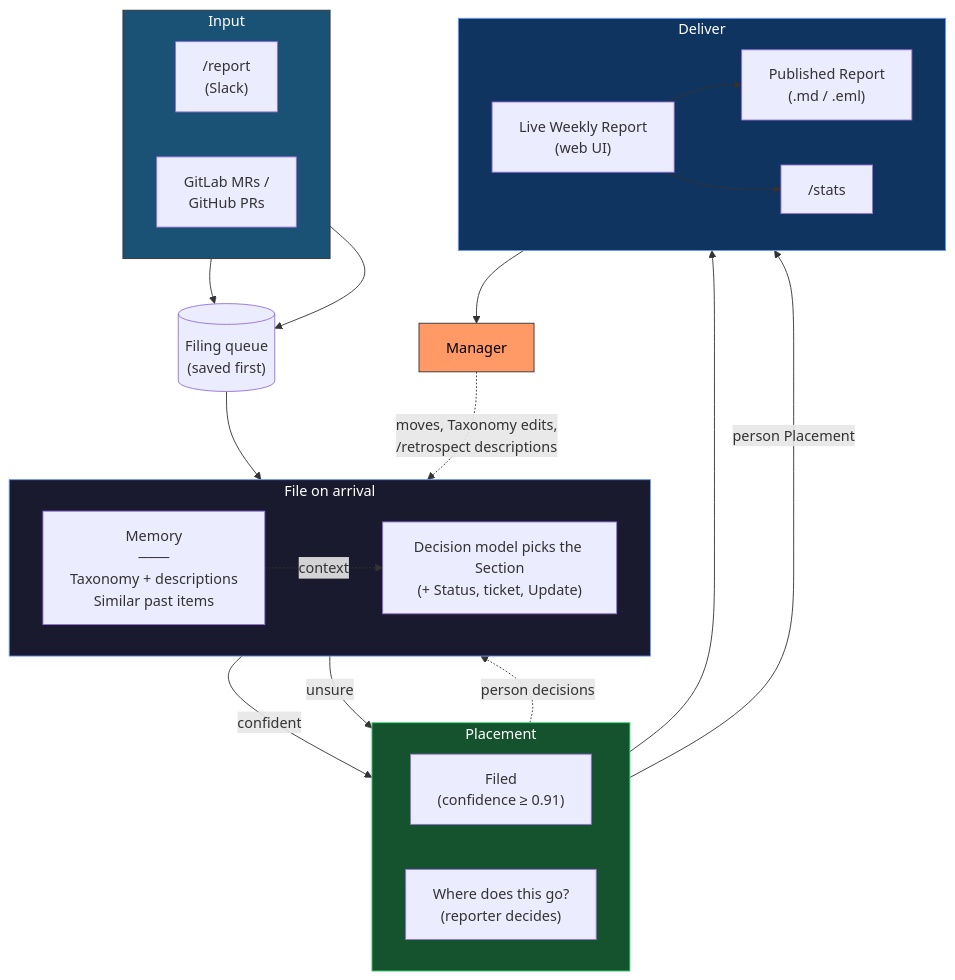
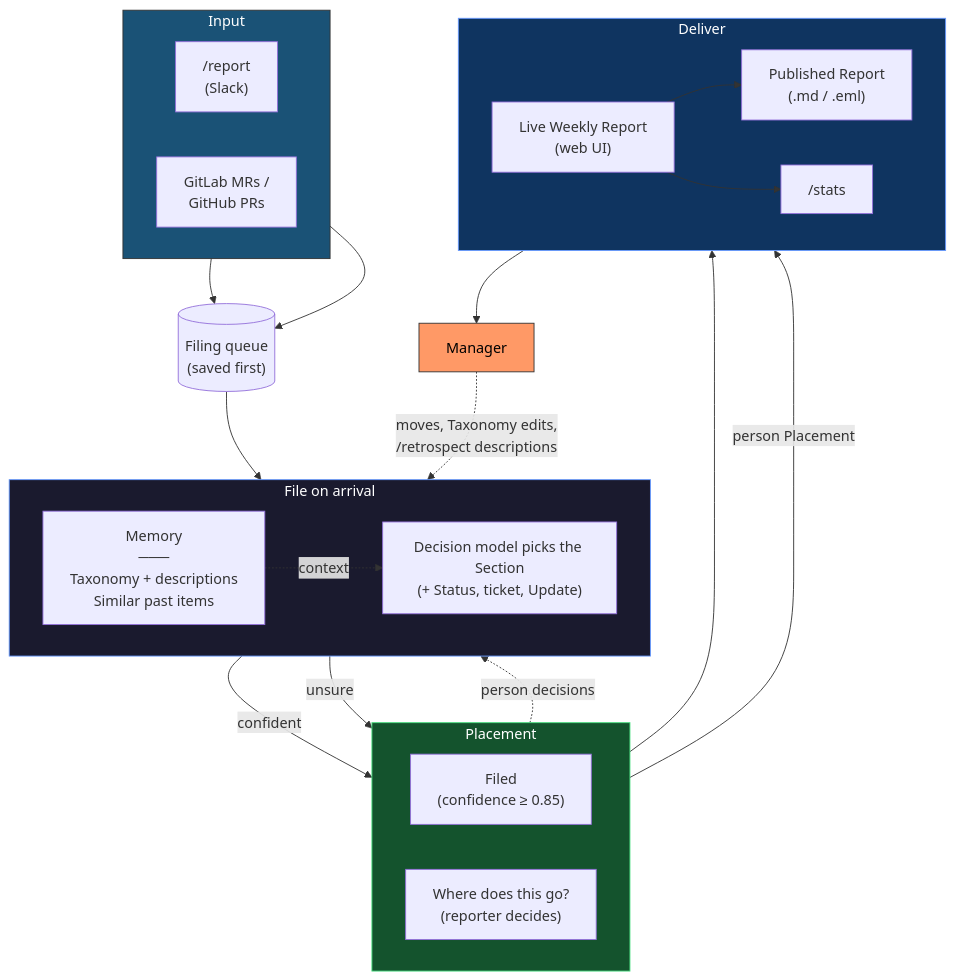
One commit to WZ/reportbot changed the diagram in docs/agentic-features-overview.md. Above: the diagram before and after it, drawn with Mermaid. The commit also changed other lines of this file and 5 other files, not shown here.

````diff
--- a/docs/agentic-features-overview.md
+++ b/docs/agentic-features-overview.md
@@ -141,51 +141,51 @@
 ```mermaid
 flowchart TB
     subgraph Input["Input"]
         direction LR
         DEV["/report<br>(Slack)"]
         CC["GitLab MRs /<br>GitHub PRs"]
     end
 
     Q[("Filing queue<br>(saved first)")]
 
     subgraph File["File on arrival"]
         direction LR
         MEM["Memory<br>───<br>Taxonomy + descriptions<br>Similar past items"]
         DM["Decision model picks the Section<br>(+ Status, ticket, Update)"]
         MEM -.->|context| DM
     end
 
     subgraph Place["Placement"]
         direction LR
-        AUTO["Filed<br>(confidence ≥ 0.91)"]
+        AUTO["Filed<br>(confidence ≥ 0.85)"]
         ASK["Where does this go?<br>(reporter decides)"]
     end
 
     subgraph Deliver["Deliver"]
         direction LR
         LIVE["Live Weekly Report<br>(web UI)"]
         PUB["Published Report<br>(.md / .eml)"]
         STATS["/stats"]
     end
 
     MGR["Manager"]
 
     DEV --> Q
     CC --> Q
     Q --> DM
     DM -->|"confident"| AUTO
     DM -->|"unsure"| ASK
     AUTO --> LIVE
     ASK -->|"person Placement"| LIVE
     LIVE --> PUB
     LIVE --> STATS
     Deliver --> MGR
     ASK -.->|"person decisions"| MEM
     MGR -.->|"moves, Taxonomy edits,<br>/retrospect descriptions"| MEM
 
     style Input fill:#1a5276,stroke:#333,color:#fff
     style File fill:#1a1a2e,stroke:#69f,color:#fff
     style Place fill:#14532d,stroke:#4ade80,color:#fff
     style Deliver fill:#0f3460,stroke:#69f,color:#fff
     style MGR fill:#f96,stroke:#333,color:#000
 ```
````
